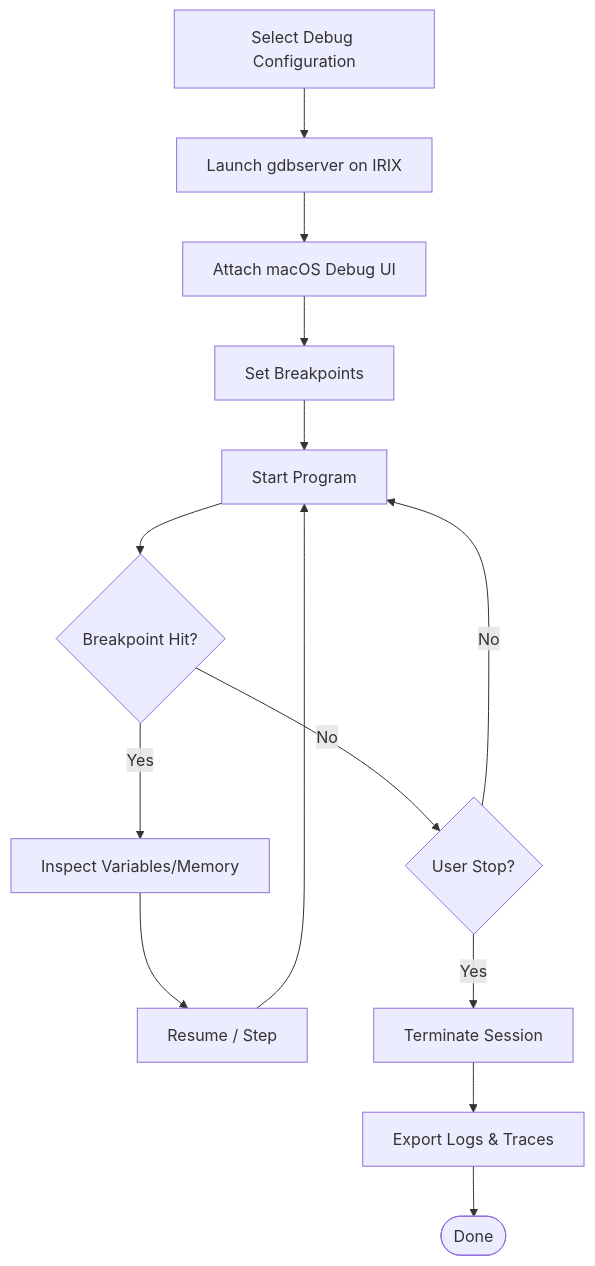
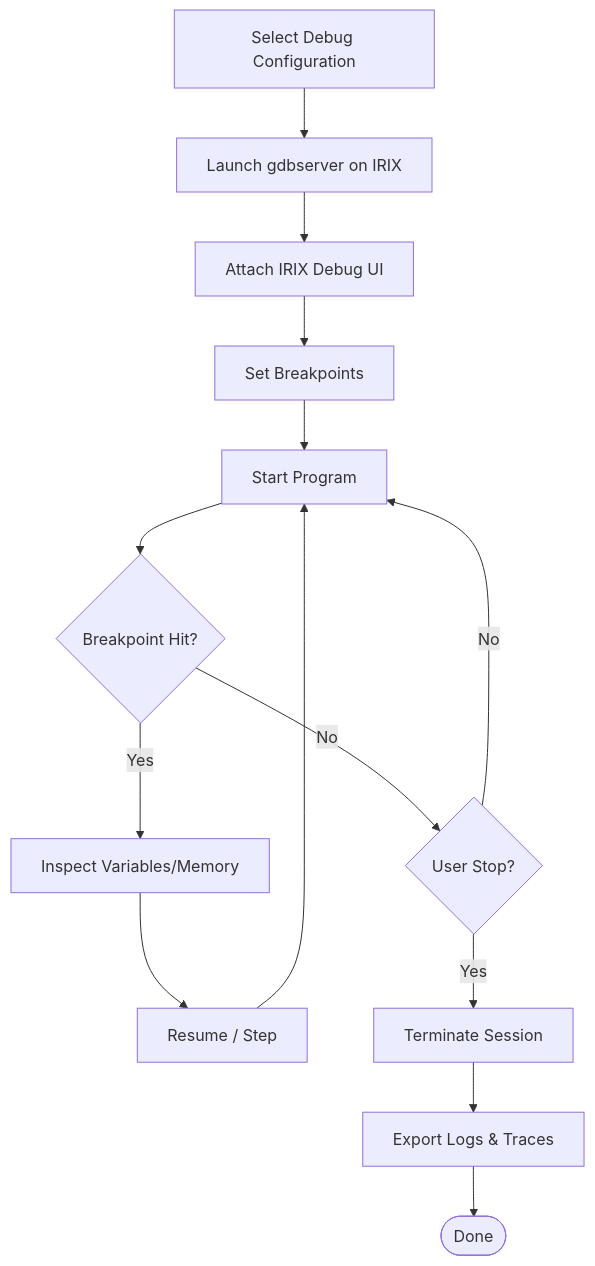
One commit to SGI-Labs/sgi-projects-workspace changed the fifth of 5 diagrams in projects/irix-ide/docs/front-end-spec.md. Above: the diagram before and after it, drawn with Mermaid. The commit also changed other lines of this file and 909 other files, not shown here.

````diff
--- a/projects/irix-ide/docs/front-end-spec.md
+++ b/projects/irix-ide/docs/front-end-spec.md
@@ -145,16 +142,16 @@
 ```mermaid
 flowchart TD
     startDebug[Select Debug Configuration] --> launchServer[Launch gdbserver on IRIX]
-    launchServer --> attachClient[Attach macOS Debug UI]
+    launchServer --> attachClient[Attach IRIX Debug UI]
     attachClient --> setBreakpoints[Set Breakpoints]
     setBreakpoints --> runProgram[Start Program]
     runProgram --> breakHit{Breakpoint Hit?}
     breakHit -->|Yes| inspectState[Inspect Variables/Memory]
     inspectState --> resumeOrStep[Resume / Step]
     resumeOrStep --> runProgram
     breakHit -->|No| sessionEnd{User Stop?}
     sessionEnd -->|No| runProgram
     sessionEnd -->|Yes| teardown[Terminate Session]
     teardown --> exportLogs[Export Logs & Traces]
     exportLogs --> done([Done])
 ```
````
